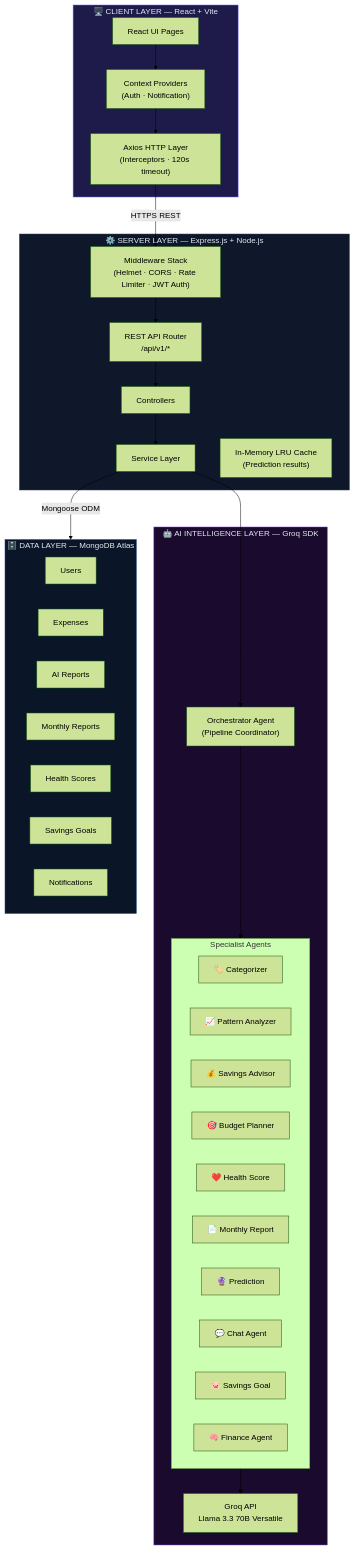
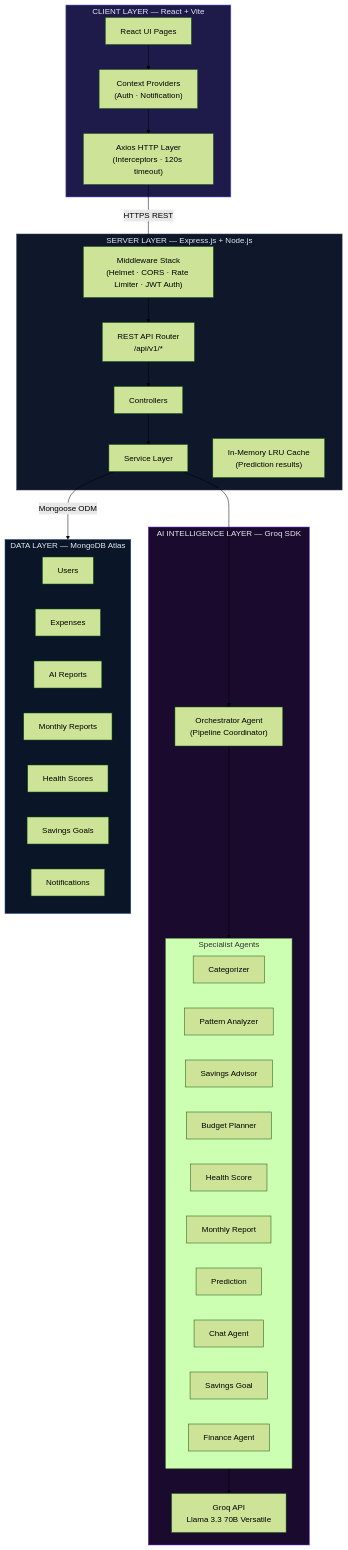
The first of 20 diagrams in ARCHITECTURE.md (mjjaiavinash/Multi-Agent-Personal-Finance-Companion), drawn with Mermaid (forest theme) before and after one commit. The commit also changed other lines of this file and 2 other files, not shown here.

Commit message:
Remove emojis from README, PRESENTATION, and ARCHITECTURE documentation

````diff
--- a/ARCHITECTURE.md
+++ b/ARCHITECTURE.md
@@ -28,56 +28,56 @@
 ```mermaid
 graph TB
-    subgraph CLIENT["🖥️  CLIENT LAYER — React + Vite"]
+    subgraph CLIENT["CLIENT LAYER — React + Vite"]
         UI["React UI Pages"]
         CTX["Context Providers\n(Auth · Notification)"]
         AXIOS["Axios HTTP Layer\n(Interceptors · 120s timeout)"]
     end
 
-    subgraph SERVER["⚙️  SERVER LAYER — Express.js + Node.js"]
+    subgraph SERVER["SERVER LAYER — Express.js + Node.js"]
         MW["Middleware Stack\n(Helmet · CORS · Rate Limiter · JWT Auth)"]
         ROUTES["REST API Router\n/api/v1/*"]
         CTRL["Controllers"]
         SVC["Service Layer"]
         CACHE["In-Memory LRU Cache\n(Prediction results)"]
     end
 
-    subgraph AI["🤖  AI INTELLIGENCE LAYER — Groq SDK"]
+    subgraph AI["AI INTELLIGENCE LAYER — Groq SDK"]
         ORCH["Orchestrator Agent\n(Pipeline Coordinator)"]
         subgraph AGENTS["Specialist Agents"]
-            A1["🏷️ Categorizer"]
-            A2["📈 Pattern Analyzer"]
-            A3["💰 Savings Advisor"]
-            A4["🎯 Budget Planner"]
-            A5["❤️ Health Score"]
-            A6["📄 Monthly Report"]
-            A7["🔮 Prediction"]
-            A8["💬 Chat Agent"]
-            A9["🐷 Savings Goal"]
-            A10["🧠 Finance Agent"]
+            A1["Categorizer"]
+            A2["Pattern Analyzer"]
+            A3["Savings Advisor"]
+            A4["Budget Planner"]
+            A5["Health Score"]
+            A6["Monthly Report"]
+            A7["Prediction"]
+            A8["Chat Agent"]
+            A9["Savings Goal"]
+            A10["Finance Agent"]
         end
         GROQ["Groq API\nLlama 3.3 70B Versatile"]
     end
 
-    subgraph DB["🗄️  DATA LAYER — MongoDB Atlas"]
+    subgraph DB["DATA LAYER — MongoDB Atlas"]
         U["Users"]
         E["Expenses"]
         AI_R["AI Reports"]
         MR["Monthly Reports"]
         HS["Health Scores"]
         SG["Savings Goals"]
         N["Notifications"]
     end
 
     UI --> CTX --> AXIOS
     AXIOS -->|"HTTPS REST"| MW
     MW --> ROUTES --> CTRL --> SVC
     SVC --> ORCH
     ORCH --> AGENTS
     AGENTS --> GROQ
     SVC -->|"Mongoose ODM"| DB
 
     style CLIENT fill:#1e1b4b,stroke:#6366f1,color:#e2e8f0
     style SERVER fill:#0f172a,stroke:#334155,color:#e2e8f0
     style AI fill:#1a0a2e,stroke:#7c3aed,color:#e2e8f0
     style DB fill:#0a1628,stroke:#1e4d8c,color:#e2e8f0
 ```
````
